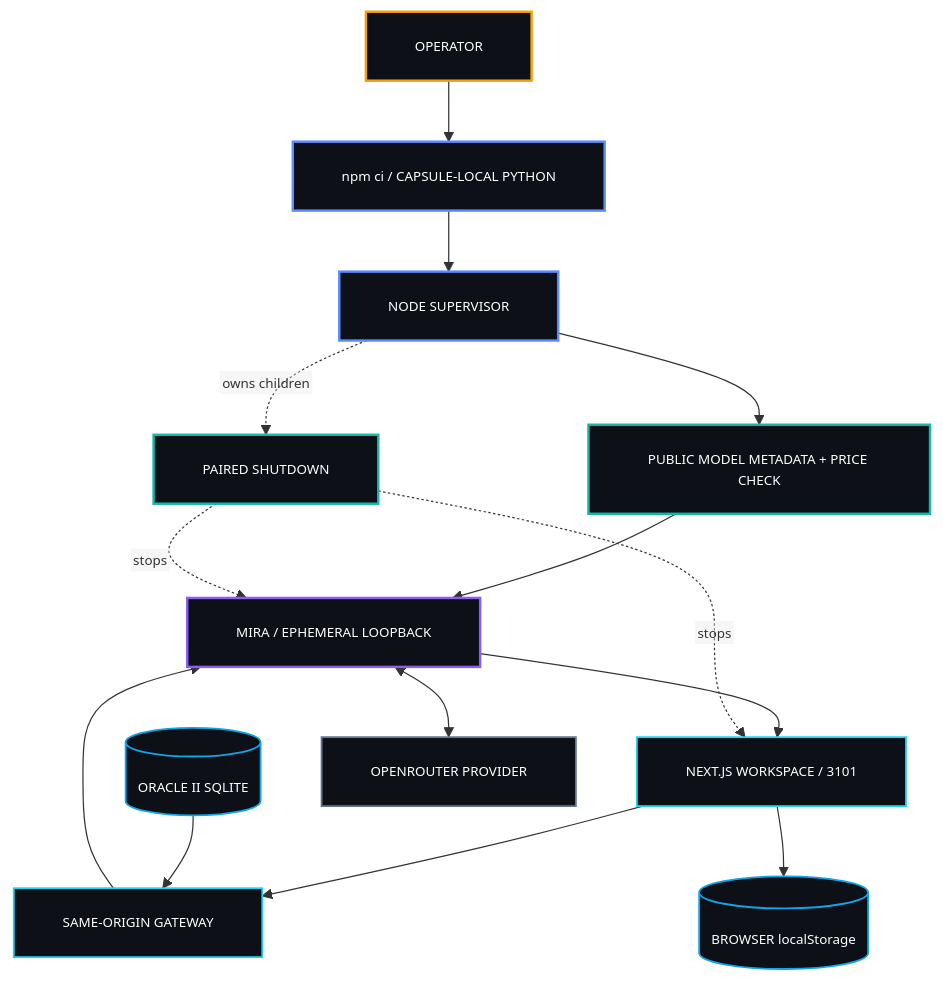
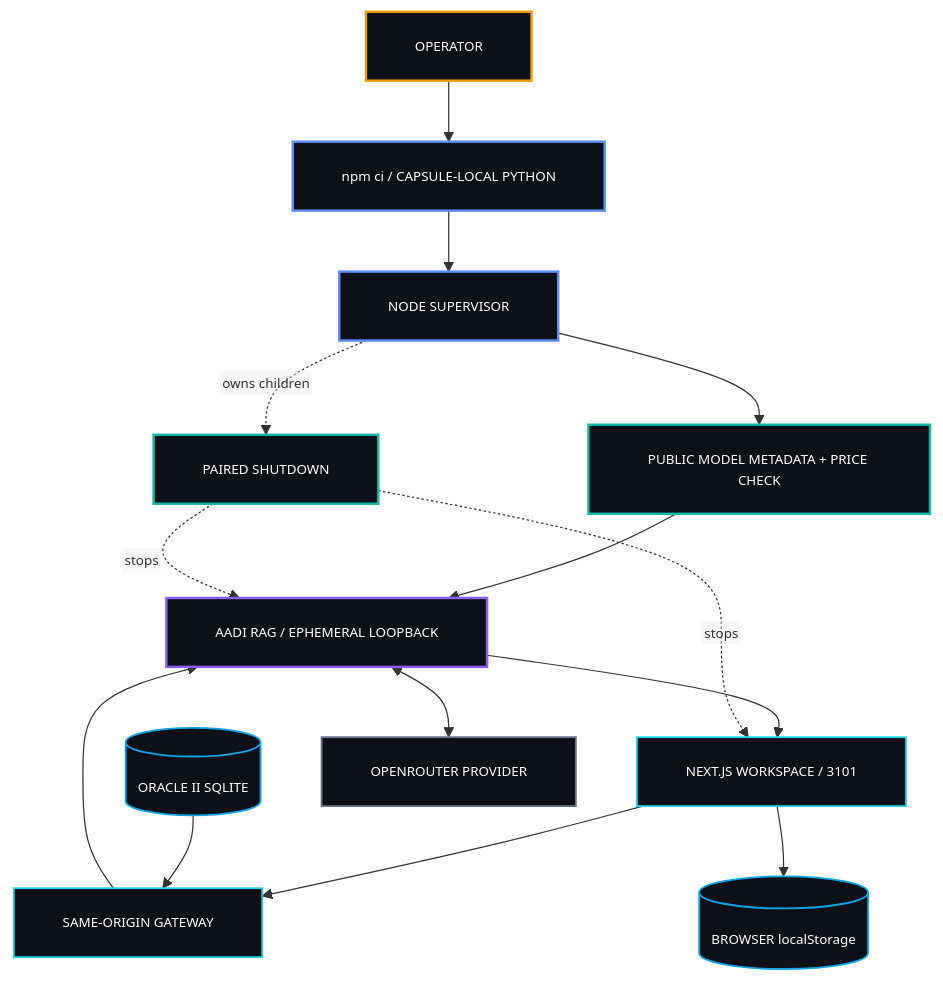
One commit to drferdi/Sentrapedia changed the second of 4 diagrams in README.md. Above: the diagram before and after it, drawn with Mermaid. The commit also changed other lines of this file, not shown here.

Commit message:
docs(sentrapedia): present AADI RAG as clinical reasoning engine

````diff
--- a/README.md
+++ b/README.md
@@ -212,40 +212,40 @@
 ```mermaid
 %%{init: {"flowchart": {"htmlLabels": false, "padding": 20}, "themeVariables": {"fontFamily": "monospace", "fontSize": "11px"}}}%%
 flowchart TB
   OP["OPERATOR"]
   INSTALL["npm ci / CAPSULE-LOCAL PYTHON"]
   SUP["NODE SUPERVISOR"]
   PREFLIGHT["PUBLIC MODEL METADATA + PRICE CHECK"]
-  ENGINE["MIRA / EPHEMERAL LOOPBACK"]
+  ENGINE["AADI RAG / EPHEMERAL LOOPBACK"]
   WEB["NEXT.JS WORKSPACE / 3101"]
   API["SAME-ORIGIN GATEWAY"]
   SQL[("ORACLE II SQLITE")]
   BROWSER[("BROWSER localStorage")]
   CLOUD["OPENROUTER PROVIDER"]
   STOP["PAIRED SHUTDOWN"]
 
   OP --> INSTALL --> SUP --> PREFLIGHT --> ENGINE
   ENGINE --> WEB --> API
   SQL --> API
   WEB --> BROWSER
   API --> ENGINE
   ENGINE <--> CLOUD
   SUP -. owns children .-> STOP
   STOP -. stops .-> ENGINE
   STOP -. stops .-> WEB
 
   classDef authority fill:#0D1117,stroke:#F59E0B,color:#FFFFFF,stroke-width:2px;
   classDef core fill:#0D1117,stroke:#5B8CFF,color:#FFFFFF,stroke-width:2px;
   classDef surface fill:#0D1117,stroke:#22D3EE,color:#FFFFFF,stroke-width:1.5px;
   classDef agent fill:#0D1117,stroke:#8B5CF6,color:#FFFFFF,stroke-width:2px;
   classDef control fill:#0D1117,stroke:#14B8A6,color:#FFFFFF,stroke-width:2px;
   classDef data fill:#0D1117,stroke:#0EA5E9,color:#FFFFFF,stroke-width:1.5px;
   classDef shared fill:#0D1117,stroke:#64748B,color:#FFFFFF,stroke-width:1.5px;
   class OP authority;
   class INSTALL,SUP core;
   class PREFLIGHT,STOP control;
   class ENGINE agent;
   class WEB,API surface;
   class SQL,BROWSER data;
   class CLOUD shared;
 ```
````
